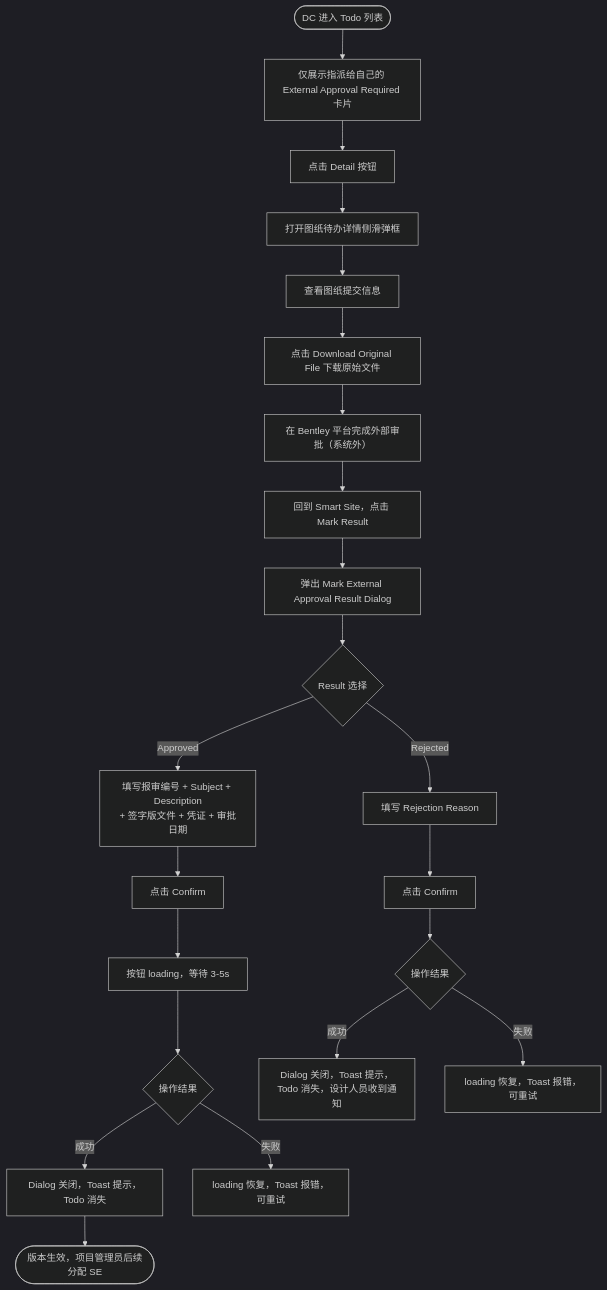
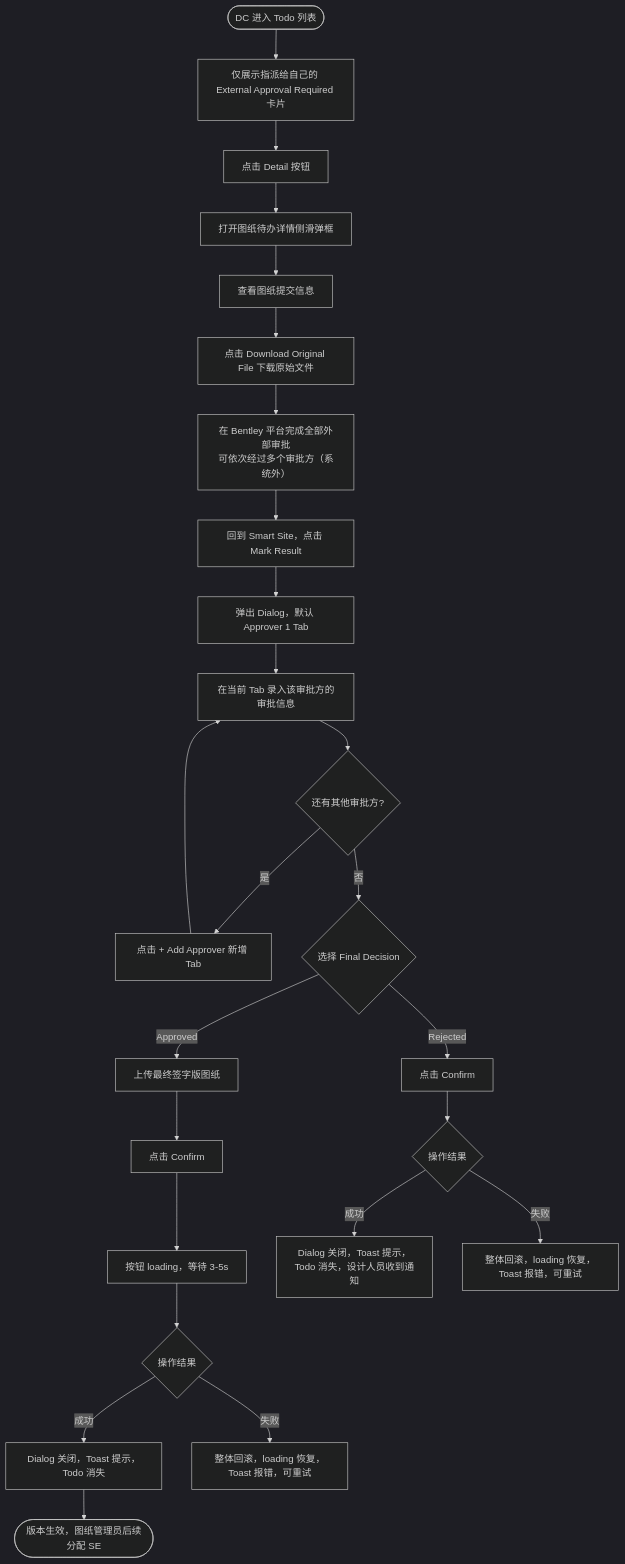
One commit to xiayingspace-hue/smart-site changed the diagram in requirements/pc/REQ-007B-pc.md. Above: the diagram before and after it, drawn with Mermaid (dark theme). The commit also changed other lines of this file, not shown here.

````diff
--- a/requirements/pc/REQ-007B-pc.md
+++ b/requirements/pc/REQ-007B-pc.md
@@ -180,24 +184,25 @@
 ```mermaid
 flowchart TD
     A([DC 进入 Todo 列表]) --> B[仅展示指派给自己的 External Approval Required 卡片]
     B --> C[点击 Detail 按钮]
     C --> D[打开图纸待办详情侧滑弹框]
     D --> E[查看图纸提交信息]
     E --> F[点击 Download Original File 下载原始文件]
-    F --> G[在 Bentley 平台完成外部审批（系统外）]
+    F --> G[在 Bentley 平台完成全部外部审批\n可依次经过多个审批方（系统外）]
     G --> H[回到 Smart Site，点击 Mark Result]
-    H --> I[弹出 Mark External Approval Result Dialog]
-    I --> J{Result 选择}
-    J -- Approved --> K[填写报审编号 + Subject + Description\n+ 签字版文件 + 凭证 + 审批日期]
-    J -- Rejected --> L[填写 Rejection Reason]
-    K --> M[点击 Confirm]
-    L --> N[点击 Confirm]
-    M --> O[按钮 loading，等待 3-5s]
-    O --> P{操作结果}
-    P -- 成功 --> Q[Dialog 关闭，Toast 提示，Todo 消失]
-    Q --> R([版本生效，项目管理员后续分配 SE])
-    P -- 失败 --> S[loading 恢复，Toast 报错，可重试]
-    N --> T{操作结果}
-    T -- 成功 --> U[Dialog 关闭，Toast 提示，Todo 消失，设计人员收到通知]
-    T -- 失败 --> V[loading 恢复，Toast 报错，可重试]
+    H --> I[弹出 Dialog，默认 Approver 1 Tab]
+    I --> J[在当前 Tab 录入该审批方的审批信息]
+    J --> K{还有其他审批方?}
+    K -- 是 --> L[点击 + Add Approver 新增 Tab] --> J
+    K -- 否 --> M{选择 Final Decision}
+    M -- Approved --> N[上传最终签字版图纸] --> O[点击 Confirm]
+    M -- Rejected --> P[点击 Confirm]
+    O --> Q[按钮 loading，等待 3-5s]
+    Q --> R{操作结果}
+    R -- 成功 --> S[Dialog 关闭，Toast 提示，Todo 消失]
+    S --> T([版本生效，图纸管理员后续分配 SE])
+    R -- 失败 --> U[整体回滚，loading 恢复，Toast 报错，可重试]
+    P --> V{操作结果}
+    V -- 成功 --> W[Dialog 关闭，Toast 提示，Todo 消失，设计人员收到通知]
+    V -- 失败 --> X[整体回滚，loading 恢复，Toast 报错，可重试]
 ```
````
